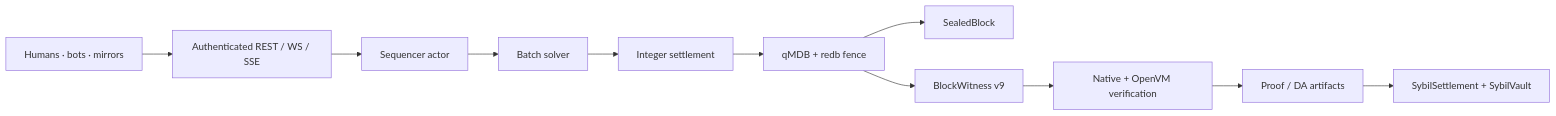
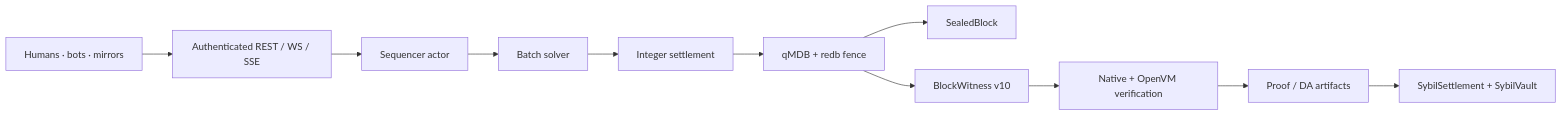
Before and after one commit to MetaB0y/sybil: the first of 2 diagrams in docs/SPEC.md, drawn with Mermaid. The commit also changed other lines of this file and 56 other files, not shown here.

````diff
--- a/docs/SPEC.md
+++ b/docs/SPEC.md
@@ -21,13 +21,13 @@
 ```mermaid
 flowchart LR
     CLIENT["Humans · bots · mirrors"] --> API["Authenticated REST / WS / SSE"]
     API --> SEQ["Sequencer actor"]
     SEQ --> SOLVE["Batch solver"]
     SOLVE --> SETTLE["Integer settlement"]
     SETTLE --> STORE["qMDB + redb fence"]
     STORE --> BLOCK["SealedBlock"]
-    STORE --> WIT["BlockWitness v9"]
+    STORE --> WIT["BlockWitness v10"]
     WIT --> VERIFY["Native + OpenVM verification"]
     VERIFY --> PROVER["Proof / DA artifacts"]
     PROVER --> L1["SybilSettlement + SybilVault"]
 ```
````
